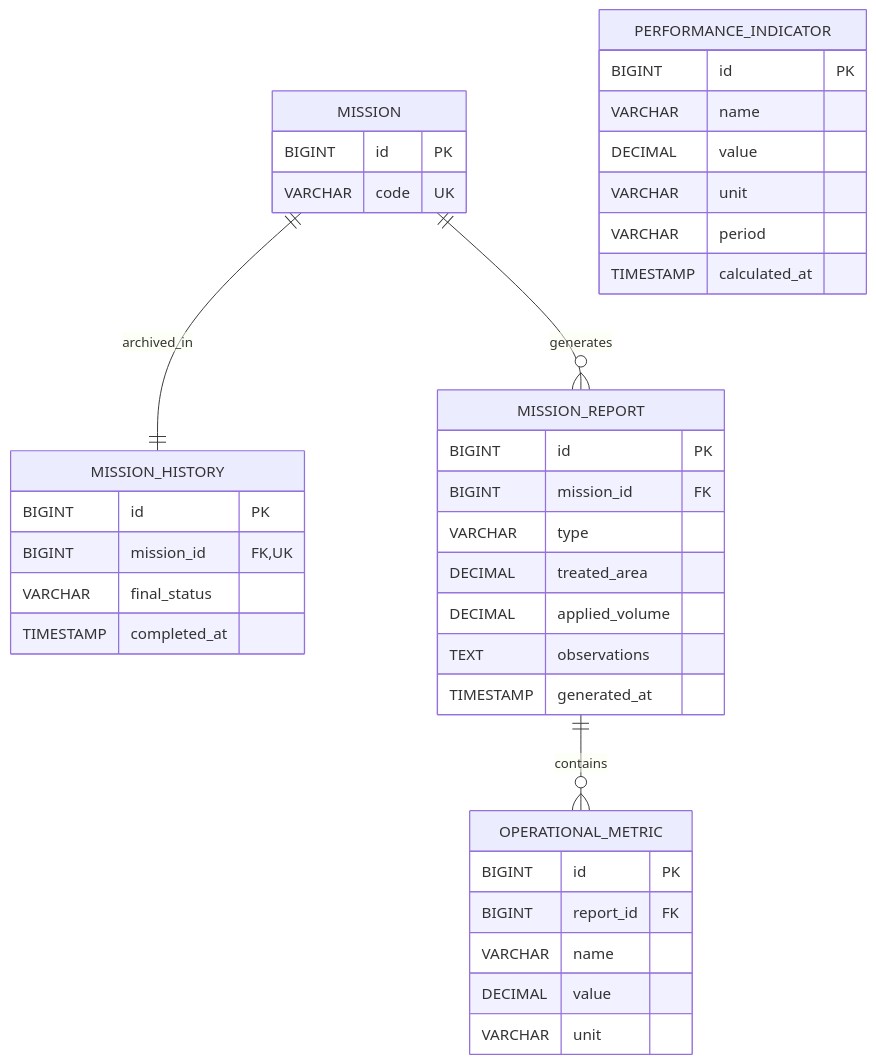
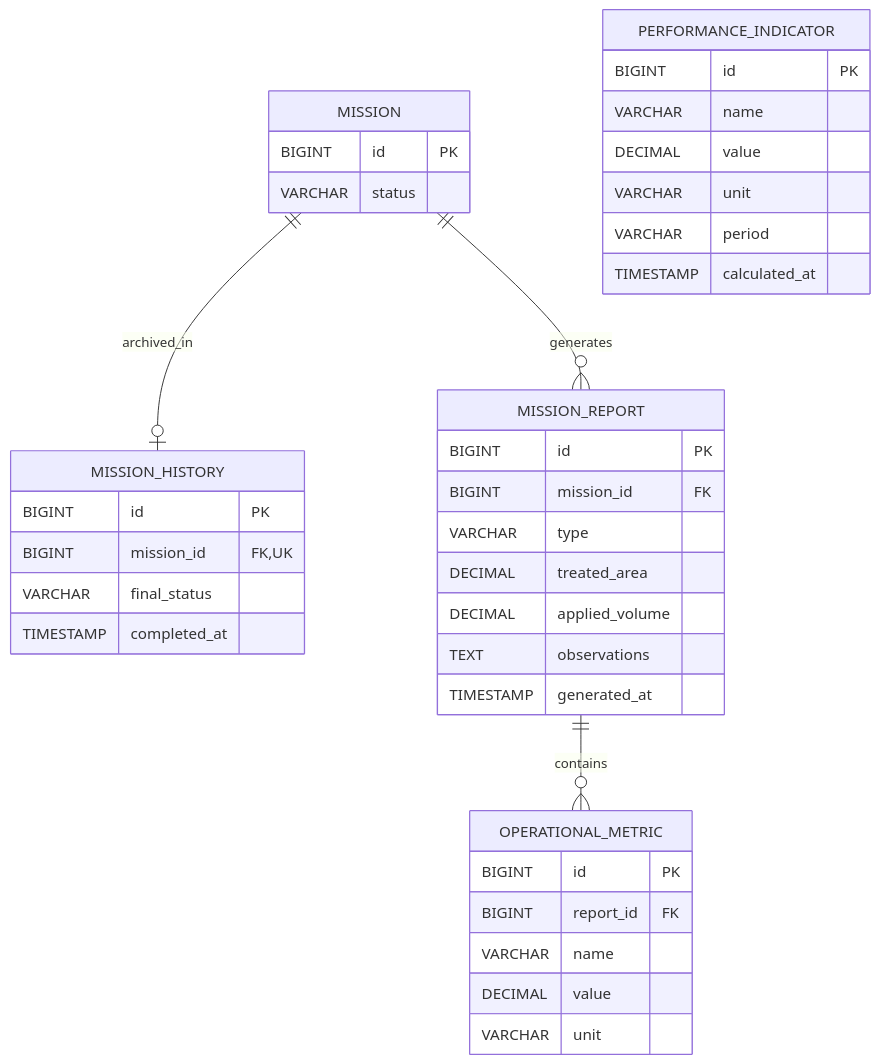
Before and after one commit to Ital0Dmc/Agridron-Report-readme-playground: diagram 18 of 23 in README.md, drawn with Mermaid. The commit also changed other lines of this file, not shown here.

First line of the commit message:
docs: align database design with the corrected class diagrams

````diff
--- a/README.md
+++ b/README.md
@@ -2938,40 +2929,40 @@
 ```mermaid
 erDiagram
-    MISSION ||--|| MISSION_HISTORY : archived_in
+    MISSION ||--o| MISSION_HISTORY : archived_in
     MISSION ||--o{ MISSION_REPORT : generates
     MISSION_REPORT ||--o{ OPERATIONAL_METRIC : contains
     MISSION {
         BIGINT id PK
-        VARCHAR code UK
+        VARCHAR status
     }
     MISSION_HISTORY {
         BIGINT id PK
         BIGINT mission_id FK,UK
         VARCHAR final_status
         TIMESTAMP completed_at
     }
     MISSION_REPORT {
         BIGINT id PK
         BIGINT mission_id FK
         VARCHAR type
         DECIMAL treated_area
         DECIMAL applied_volume
         TEXT observations
         TIMESTAMP generated_at
     }
     OPERATIONAL_METRIC {
         BIGINT id PK
         BIGINT report_id FK
         VARCHAR name
         DECIMAL value
         VARCHAR unit
     }
     PERFORMANCE_INDICATOR {
         BIGINT id PK
         VARCHAR name
         DECIMAL value
         VARCHAR unit
         VARCHAR period
         TIMESTAMP calculated_at
     }
 ```
````
